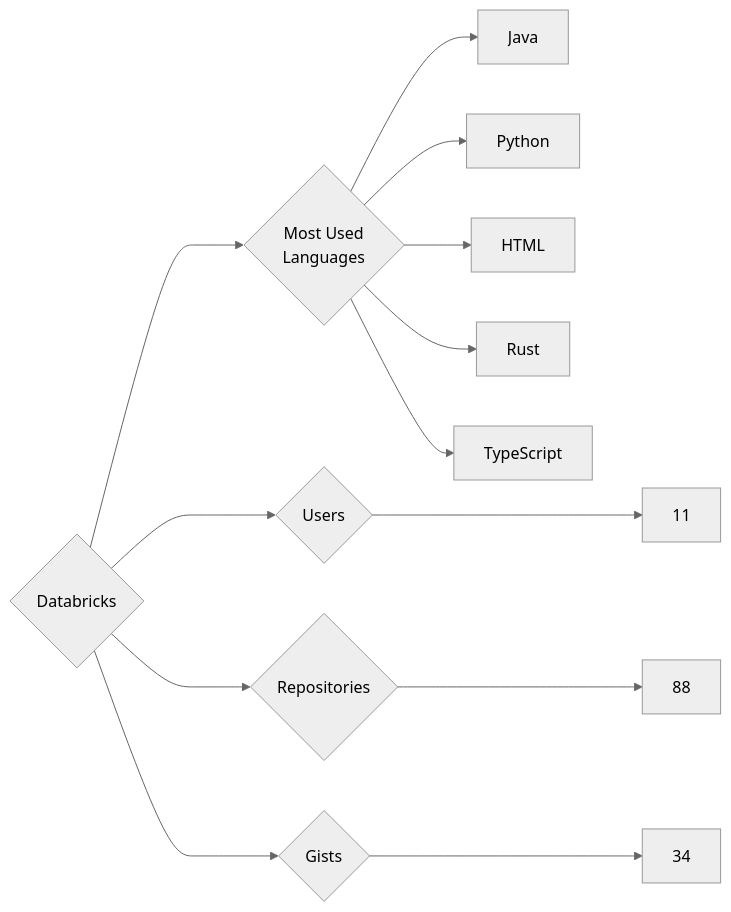
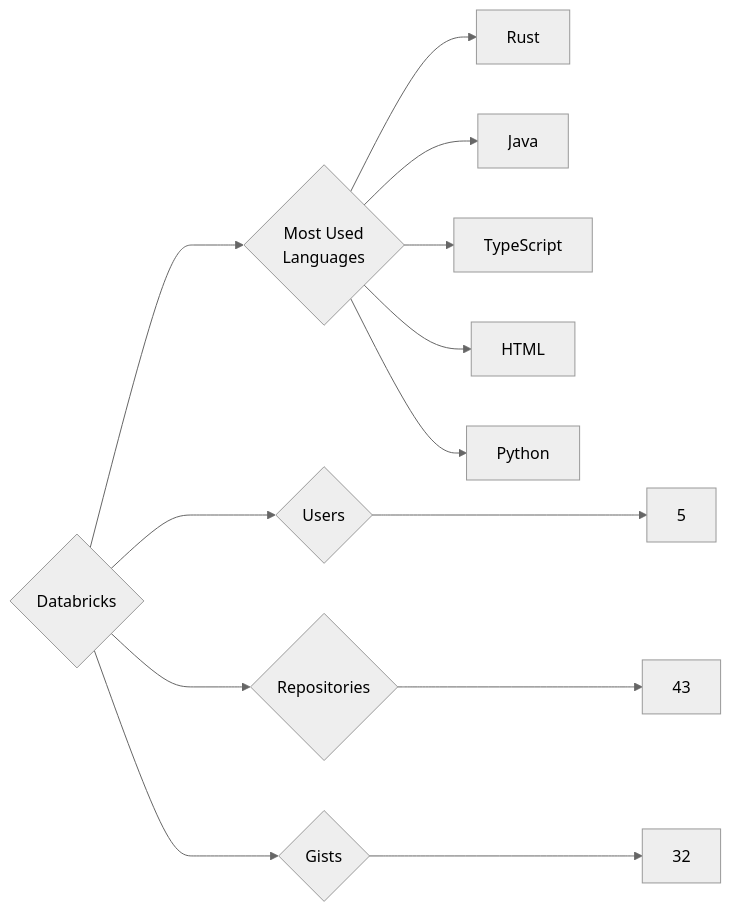
The diagram in targets/Databricks/README.md (trickest/insiders), drawn with Mermaid (neutral theme) before and after one commit. The commit also changed 985 other files, not shown here.

````diff
--- a/targets/Databricks/README.md
+++ b/targets/Databricks/README.md
@@ -3,13 +3,13 @@
 ```mermaid
 graph LR
 COMPANY_NAME{Databricks}
-COMPANY_NAME ---> U{Users} ---> UN[11]
-COMPANY_NAME ---> R{Repositories} ---> RN[88]
-COMPANY_NAME ---> G{Gists} ---> GN[34]
+COMPANY_NAME ---> U{Users} ---> UN[5]
+COMPANY_NAME ---> R{Repositories} ---> RN[43]
+COMPANY_NAME ---> G{Gists} ---> GN[32]
 COMPANY_NAME ---> ML{Most Used<br>Languages}
+ML --> Rust[Rust]
 ML --> Java[Java]
+ML --> TypeScript[TypeScript]
+ML --> HTML[HTML]
 ML --> Python[Python]
-ML --> HTML[HTML]
-ML --> Rust[Rust]
-ML --> TypeScript[TypeScript]
 ```
````
